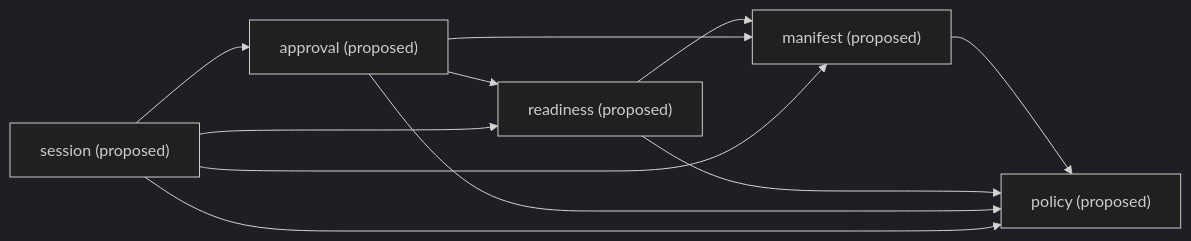
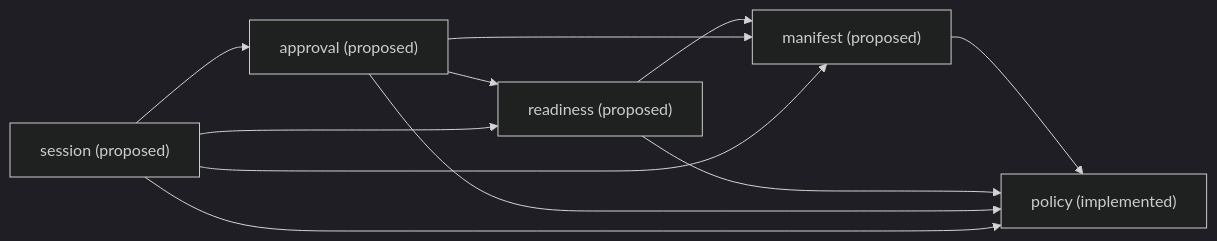
One commit to donvargax/itos-container changed the second of 2 diagrams in docs/architecture/arc42.md. Above: the diagram before and after it, drawn with Mermaid (dark theme). The commit also changed other lines of this file and 2 other files, not shown here.

First line of the commit message:
docs: reconcile the accepted offline architecture

````diff
--- a/docs/architecture/arc42.md
+++ b/docs/architecture/arc42.md
@@ -186,13 +197,13 @@
 ```mermaid
 flowchart LR
-    manifest["manifest (proposed)"] --> policy["policy (proposed)"]
+    manifest["manifest (proposed)"] --> policy["policy (implemented)"]
     readiness["readiness (proposed)"] --> policy
     readiness --> manifest
     approval["approval (proposed)"] --> policy
     approval --> manifest
     approval --> readiness
     session["session (proposed)"] --> policy
     session --> manifest
     session --> readiness
     session --> approval
 ```
````
